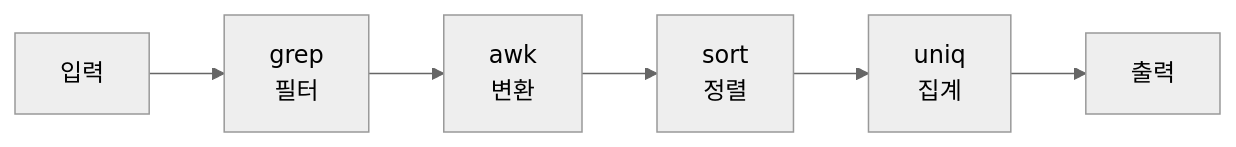
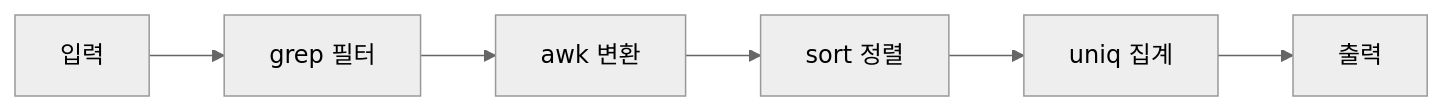
One commit to moonblueblue/devops-wiki changed the first of 2 diagrams in content/linux/shell-automation/text-processing.md. Above: the diagram before and after it, drawn with Mermaid (neutral theme). The commit also changed 37 other files, not shown here.

First line of the commit message:
style: linux 카테고리 ASCII 도표·Mermaid 라벨 형식 교정

````diff
--- a/content/linux/shell-automation/text-processing.md
+++ b/content/linux/shell-automation/text-processing.md
@@ -22,8 +22,8 @@
 ```mermaid
 graph LR
-    A["입력"] --> B["grep\n필터"]
-    B --> C["awk\n변환"]
-    C --> D["sort\n정렬"]
-    D --> E["uniq\n집계"]
+    A["입력"] --> B["grep 필터"]
+    B --> C["awk 변환"]
+    C --> D["sort 정렬"]
+    D --> E["uniq 집계"]
     E --> F["출력"]
 ```
````
